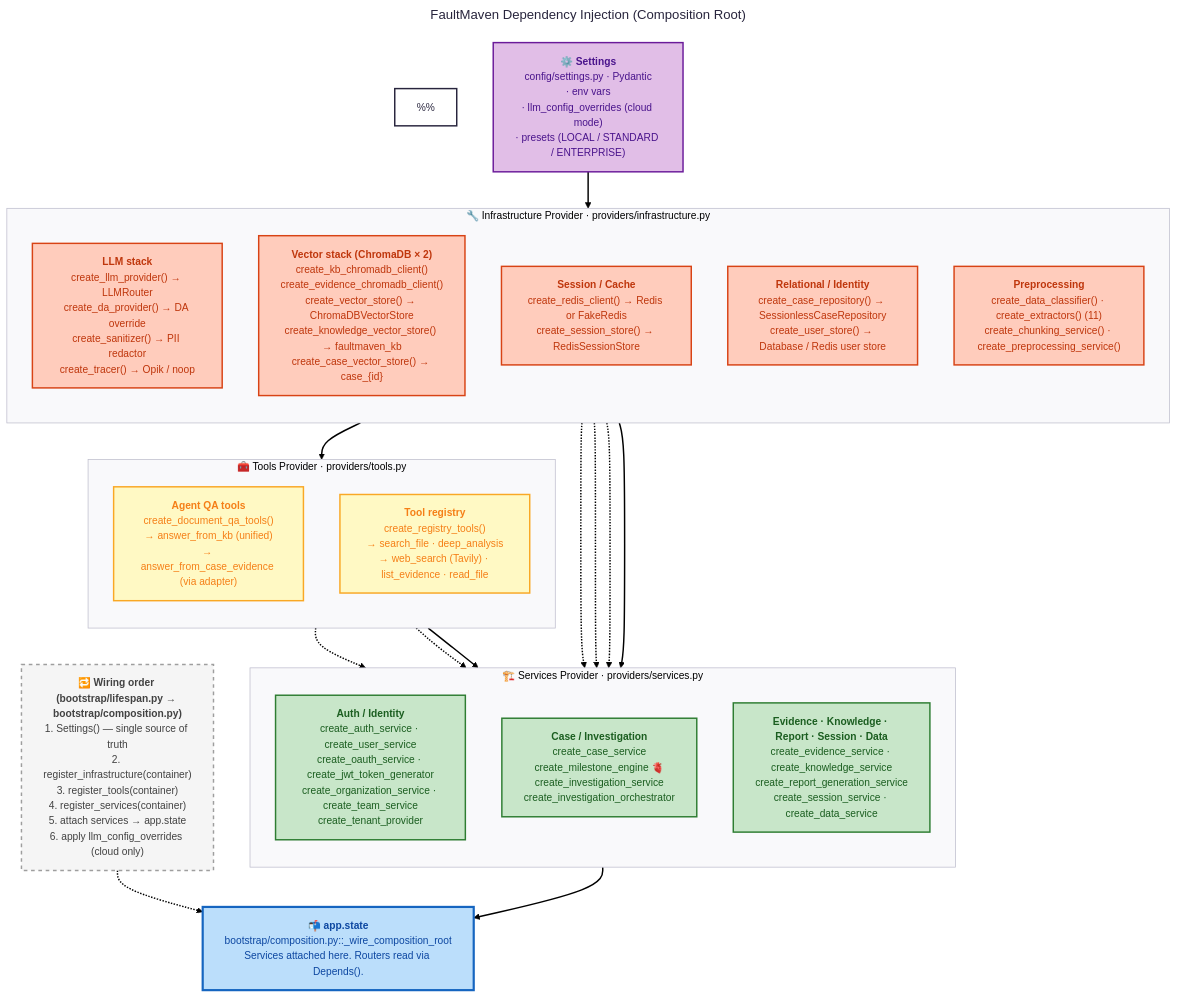
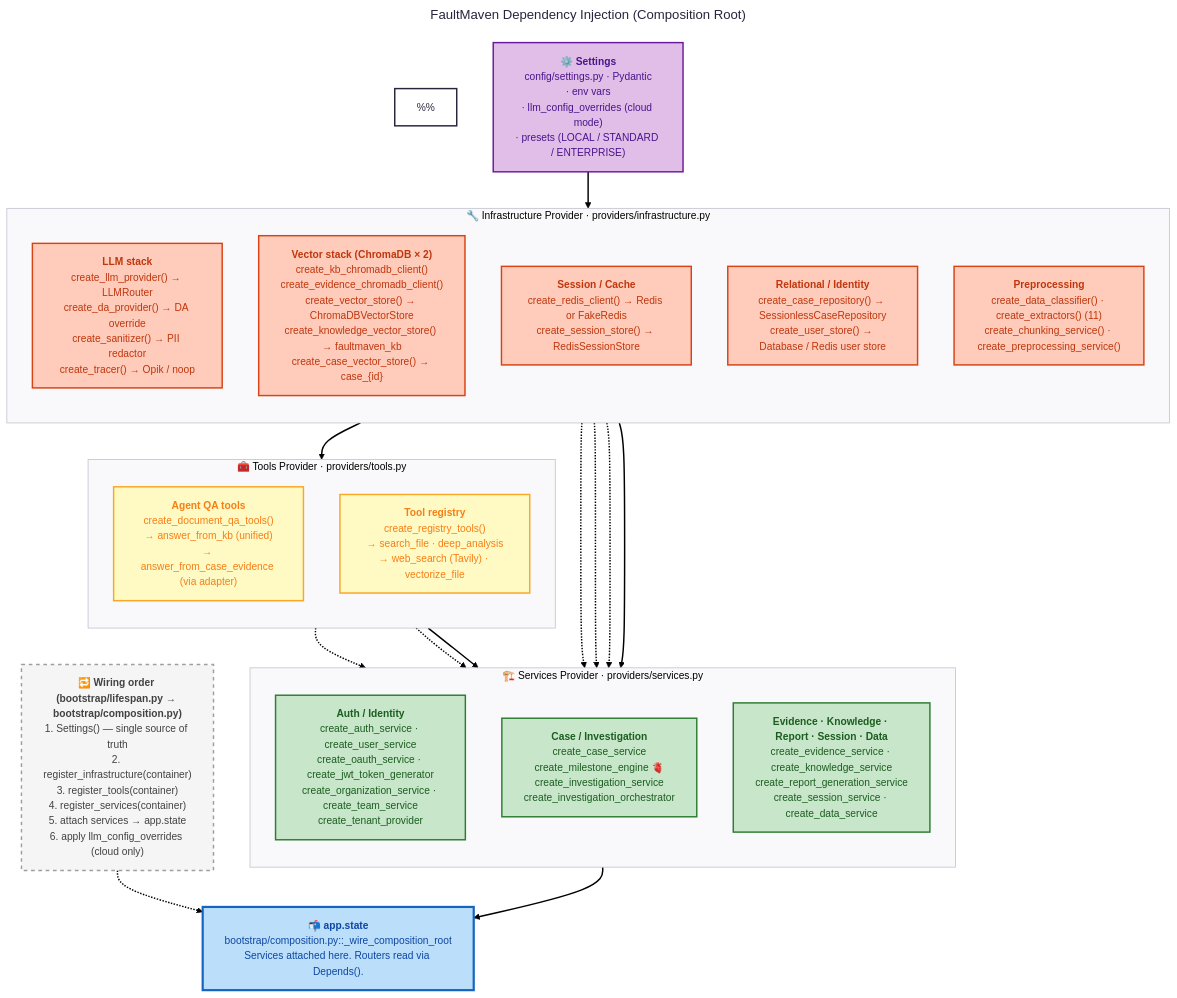
The diagram in docs/architecture/diagrams/DI-diagram.mmd (FaultMaven/faultmaven), drawn with Mermaid before and after one commit. The commit also changed 37 other files, not shown here.

```diff
--- a/docs/architecture/diagrams/DI-diagram.mmd
+++ b/docs/architecture/diagrams/DI-diagram.mmd
@@ -1,104 +1,104 @@
 ---
 config:
   theme: redux
   layout: dagre
   look: classic
 title: "FaultMaven Dependency Injection (Composition Root)"
 ---
 flowchart TB
 %% How services get composed from infrastructure at startup.
 %% Sibling primary diagram: system-architecture.mmd
 %%
 %% Sources (file:symbol):
 %%   faultmaven/bootstrap/lifespan.py::lifespan             (L32-514)
 %%   faultmaven/bootstrap/composition.py::_wire_composition_root (app.state attachment, L184-516)
 %%   faultmaven/container/_container_impl.py               (init + register_* wrappers)
 %%   faultmaven/container/providers/infrastructure.py      (infra bindings)
 %%   faultmaven/container/providers/tools.py               (tools bindings)
 %%   faultmaven/container/providers/services.py            (service bindings)
 
     %% ============================================================
     %% TIER 1 — CONFIGURATION (single source of truth)
     %% ============================================================
     Settings["⚙️ <b>Settings</b><br/>config/settings.py · Pydantic<br/>· env vars<br/>· llm_config_overrides (cloud mode)<br/>· presets (LOCAL / STANDARD / ENTERPRISE)"]
 
     %% ============================================================
     %% TIER 2 — INFRASTRUCTURE PROVIDER
     %%   Creates stateless + shared-client primitives.
     %%   No business logic. Never depends on other providers.
     %% ============================================================
     subgraph INFRA["🔧 Infrastructure Provider &middot; providers/infrastructure.py"]
         direction TB
         Infra_LLM["<b>LLM stack</b><br/>create_llm_provider() → LLMRouter<br/>create_da_provider() → DA override<br/>create_sanitizer() → PII redactor<br/>create_tracer() → Opik / noop"]
         Infra_Vec["<b>Vector stack (ChromaDB × 2)</b><br/>create_kb_chromadb_client()<br/>create_evidence_chromadb_client()<br/>create_vector_store() → ChromaDBVectorStore<br/>create_knowledge_vector_store() → faultmaven_kb<br/>create_case_vector_store() → case_{id}"]
         Infra_Session["<b>Session / Cache</b><br/>create_redis_client() → Redis or FakeRedis<br/>create_session_store() → RedisSessionStore"]
         Infra_Persist["<b>Relational / Identity</b><br/>create_case_repository() → SessionlessCaseRepository<br/>create_user_store() → Database / Redis user store"]
         Infra_Prep["<b>Preprocessing</b><br/>create_data_classifier() · create_extractors() (11)<br/>create_chunking_service() · create_preprocessing_service()"]
     end
 
     %% ============================================================
     %% TIER 3 — TOOLS PROVIDER
     %%   Agent-facing tools. Depends on infrastructure only.
     %% ============================================================
     subgraph TOOLS["🧰 Tools Provider &middot; providers/tools.py"]
         direction TB
         Tools_QA["<b>Agent QA tools</b><br/>create_document_qa_tools()<br/>→ answer_from_kb (unified)<br/>→ answer_from_case_evidence (via adapter)"]
-        Tools_Registry["<b>Tool registry</b><br/>create_registry_tools()<br/>→ search_file · deep_analysis<br/>→ web_search (Tavily) · list_evidence · read_file"]
+        Tools_Registry["<b>Tool registry</b><br/>create_registry_tools()<br/>→ search_file · deep_analysis<br/>→ web_search (Tavily) · vectorize_file"]
     end
 
     %% ============================================================
     %% TIER 4 — SERVICES PROVIDER
     %%   Business logic. Depends on infrastructure + tools.
     %% ============================================================
     subgraph SERVICES["🏗️ Services Provider &middot; providers/services.py"]
         direction TB
         Svc_Auth["<b>Auth / Identity</b><br/>create_auth_service · create_user_service<br/>create_oauth_service · create_jwt_token_generator<br/>create_organization_service · create_team_service<br/>create_tenant_provider"]
         Svc_Case["<b>Case / Investigation</b><br/>create_case_service<br/>create_milestone_engine 🫀<br/>create_investigation_service<br/>create_investigation_orchestrator"]
         Svc_Other["<b>Evidence · Knowledge · Report · Session · Data</b><br/>create_evidence_service · create_knowledge_service<br/>create_report_generation_service<br/>create_session_service · create_data_service"]
     end
 
     %% ============================================================
     %% TIER 5 — APP.STATE
     %%   Where routers discover services via Depends().
     %% ============================================================
     AppState["📬 <b>app.state</b><br/>bootstrap/composition.py::_wire_composition_root<br/>Services attached here. Routers read via Depends()."]
 
     %% ============================================================
     %% SIDE PANEL — WIRING ORDER (executed at startup)
     %% ============================================================
     Order["🔁 <b>Wiring order (bootstrap/lifespan.py → bootstrap/composition.py)</b><br/>1. Settings() — single source of truth<br/>2. register_infrastructure(container)<br/>3. register_tools(container)<br/>4. register_services(container)<br/>5. attach services → app.state<br/>6. apply llm_config_overrides (cloud only)"]
 
     %% ============================================================
     %% EDGES (high-signal flows only)
     %% ============================================================
     Settings --> INFRA
     INFRA --> TOOLS
     INFRA --> SERVICES
     TOOLS --> SERVICES
     SERVICES --> AppState
 
     %% Zoom-in edges to highlight the milestone engine's dependencies:
     Infra_LLM -.-> Svc_Case
     Infra_Persist -.-> Svc_Case
     Infra_Vec -.-> Svc_Case
     Tools_QA -.-> Svc_Case
     Tools_Registry -.-> Svc_Case
 
     Order -.-> AppState
 
     %% ============================================================
     %% STYLING
     %% ============================================================
     classDef settings fill:#e1bee7,stroke:#6a1b9a,stroke-width:2px,color:#4a148c
     classDef infra fill:#ffccbc,stroke:#d84315,color:#bf360c
     classDef tools fill:#fff9c4,stroke:#f9a825,color:#f57f17
     classDef services fill:#c8e6c9,stroke:#2e7d32,color:#1b5e20
     classDef state fill:#bbdefb,stroke:#1565c0,stroke-width:3px,color:#0d47a1
     classDef note fill:#f5f5f5,stroke:#9e9e9e,stroke-dasharray: 5 5,color:#424242
 
     class Settings settings
     class Infra_LLM,Infra_Vec,Infra_Session,Infra_Persist,Infra_Prep infra
     class Tools_QA,Tools_Registry tools
     class Svc_Auth,Svc_Case,Svc_Other services
     class AppState state
     class Order note
```
